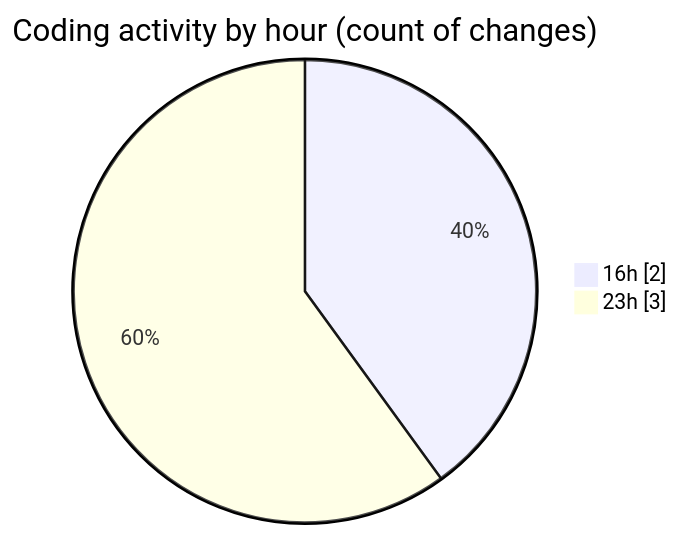
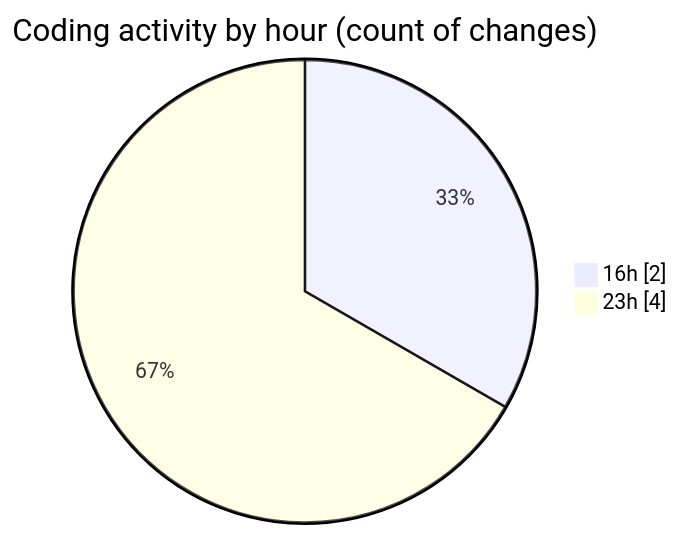
Before and after one commit to EIIisD/code-tracking: the second of 2 diagrams in 2025-08-06/_claude/README.md, drawn with Mermaid. The commit also changed other lines of this file and 1 other file, not shown here.

````diff
--- a/2025-08-06/_claude/README.md
+++ b/2025-08-06/_claude/README.md
@@ -29,6 +29,6 @@
 ```mermaid
 pie showData
 title Coding activity by hour (count of changes)
 "16h" : 2
-"23h" : 3
+"23h" : 4
 ```
````
